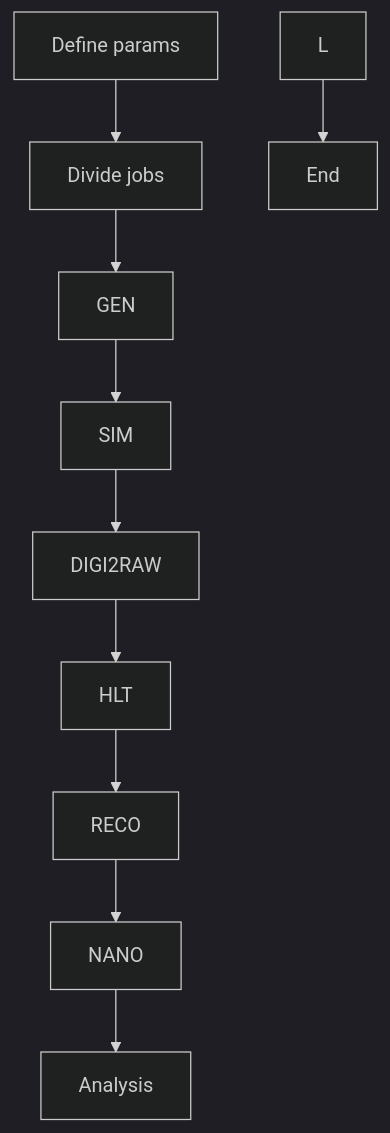
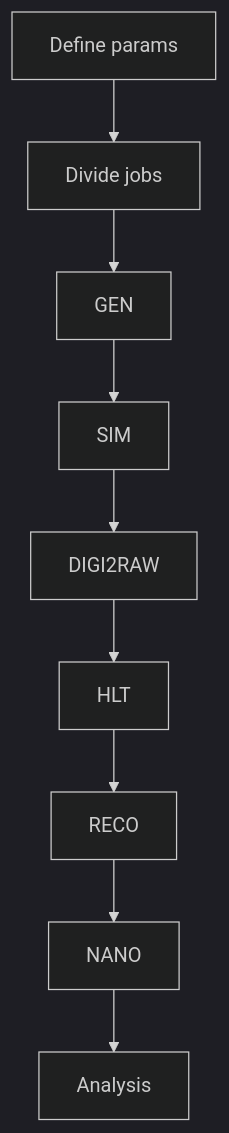
One commit to cms-opendata-workshop/tutorial-lesson-full-simulation-cloud-infomaniak changed the first of 2 diagrams in content/episodes/01-introduction/index.md. Above: the diagram before and after it, drawn with Mermaid (dark theme). The commit also changed other lines of this file and 1 other file, not shown here.

Commit message:
workflow flow chart fixes etc

````diff
--- a/content/episodes/01-introduction/index.md
+++ b/content/episodes/01-introduction/index.md
@@ -37,12 +37,11 @@
 ```mermaid
 flowchart TD
     A[Define params] --> B[Divide jobs]
     B --> C[GEN]
     C --> D[SIM]
     D --> E[DIGI2RAW]
     E --> F[HLT]
     F --> G[RECO]
     G --> H[NANO]
     H --> I[Analysis]
-    L --> K[End]
 ```
````
